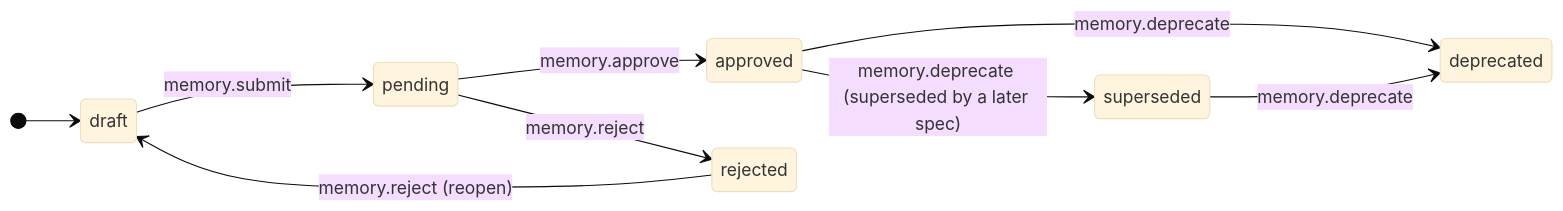
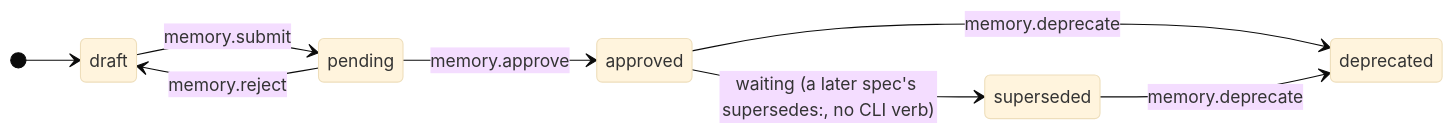
One commit to robypomper/wingfoil changed diagram 17 of 21 in .wingfoil/WORKFLOW.md. Above: the diagram before and after it, drawn with Mermaid (base theme). The commit also changed other lines of this file, not shown here.

First line of the commit message:
docs(config): task-124 — WORKFLOW.md draws the adr, tech-spec and decision-log machines memory.yaml declares

````diff
--- a/.wingfoil/WORKFLOW.md
+++ b/.wingfoil/WORKFLOW.md
@@ -384,12 +383,11 @@
 ```mermaid
 stateDiagram-v2
     direction LR
     [*] --> draft
     draft --> pending : memory.submit
     pending --> approved : memory.approve
-    pending --> rejected : memory.reject
-    rejected --> draft : memory.reject (reopen)
-    approved --> superseded : memory.deprecate (superseded by a later spec)
+    pending --> draft : memory.reject
+    approved --> superseded : waiting (a later spec's supersedes:, no CLI verb)
     approved --> deprecated : memory.deprecate
     superseded --> deprecated : memory.deprecate
 ```
````
